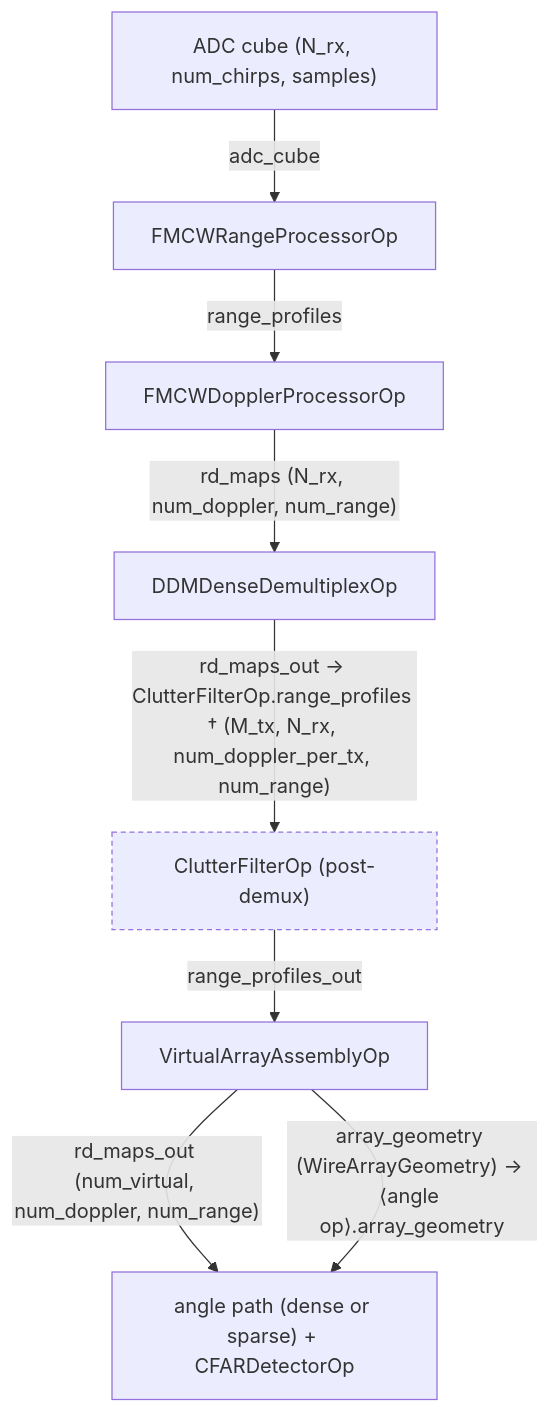
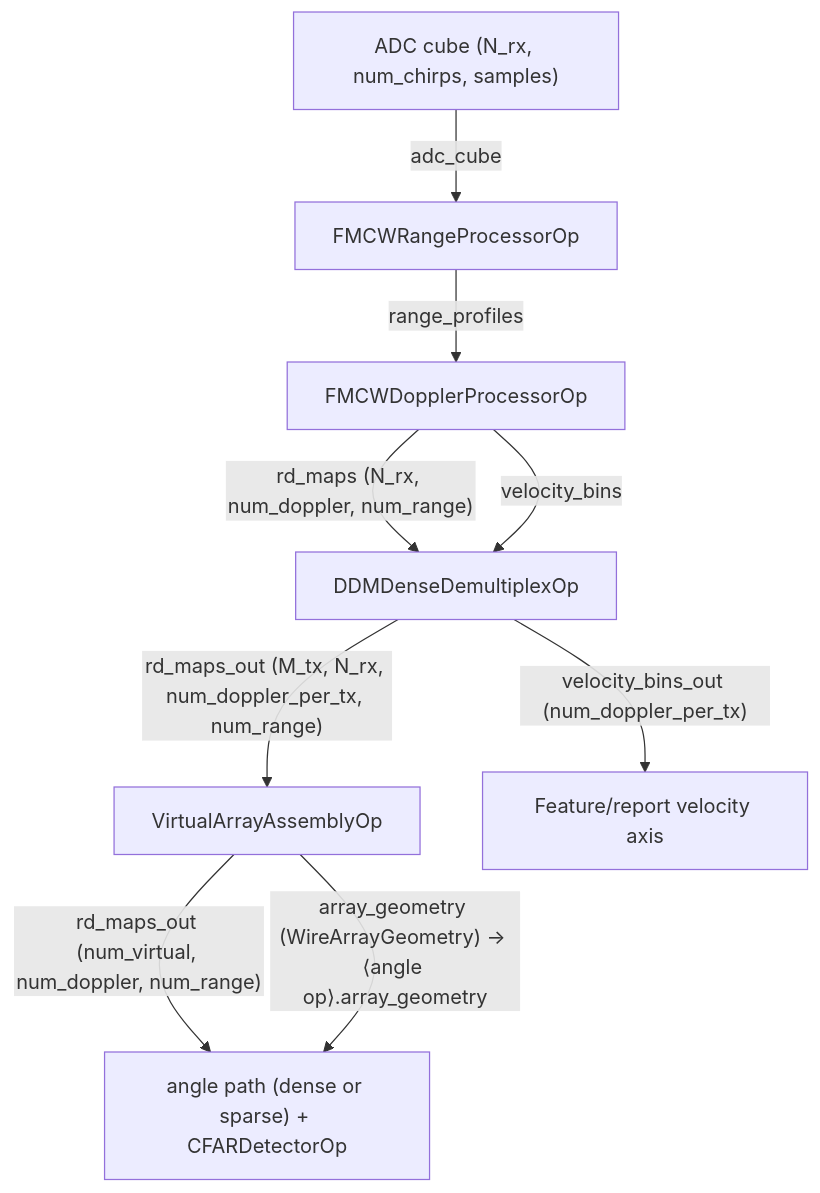
One commit to nvidia-holoscan/holoscan-radar changed the eighth of 9 diagrams in docs/planning/WORKFLOWS.md. Above: the diagram before and after it, drawn with Mermaid. The commit also changed other lines of this file and 18 other files, not shown here.

````diff
--- a/docs/planning/WORKFLOWS.md
+++ b/docs/planning/WORKFLOWS.md
@@ -246,12 +246,12 @@
 ```mermaid
 flowchart TD
   classDef opt stroke-dasharray:4 3
   ADC["ADC cube (N_rx, num_chirps, samples)"] -->|"adc_cube"| RANGE["FMCWRangeProcessorOp"]
   RANGE -->|"range_profiles"| DOPP["FMCWDopplerProcessorOp"]
   DOPP -->|"rd_maps (N_rx, num_doppler, num_range)"| COMP["DDMDenseDemultiplexOp"]
-  COMP -->|"rd_maps_out → ClutterFilterOp.range_profiles † (M_tx, N_rx, num_doppler_per_tx, num_range)"| CLUT["ClutterFilterOp (post-demux)"]
-  CLUT -->|"range_profiles_out"| VAA["VirtualArrayAssemblyOp"]
+  DOPP -->|"velocity_bins"| COMP
+  COMP -->|"rd_maps_out (M_tx, N_rx, num_doppler_per_tx, num_range)"| VAA["VirtualArrayAssemblyOp"]
+  COMP -->|"velocity_bins_out (num_doppler_per_tx)"| AXIS["Feature/report velocity axis"]
   VAA -->|"rd_maps_out (num_virtual, num_doppler, num_range)"| ANGLE["angle path (dense or sparse) + CFARDetectorOp"]
   VAA -->|"array_geometry (WireArrayGeometry) → ⟨angle op⟩.array_geometry"| ANGLE
-  class CLUT opt
 ```
````
